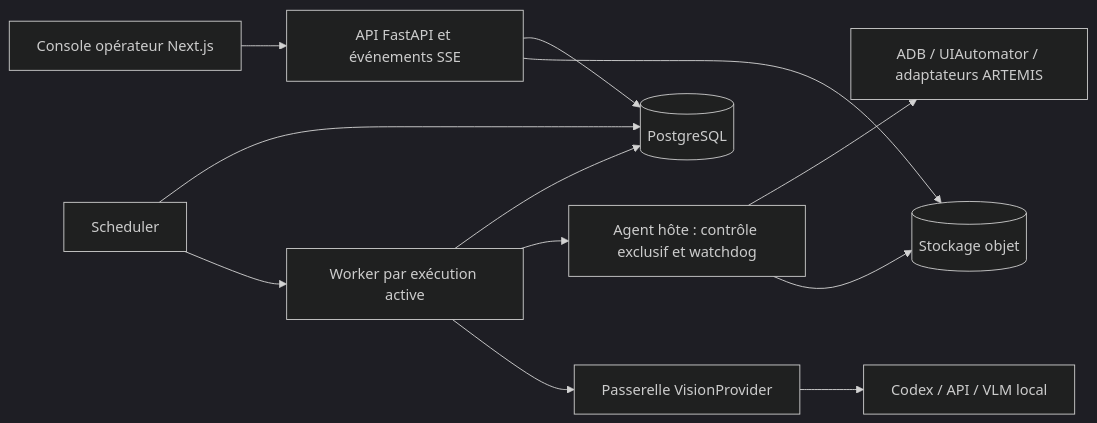
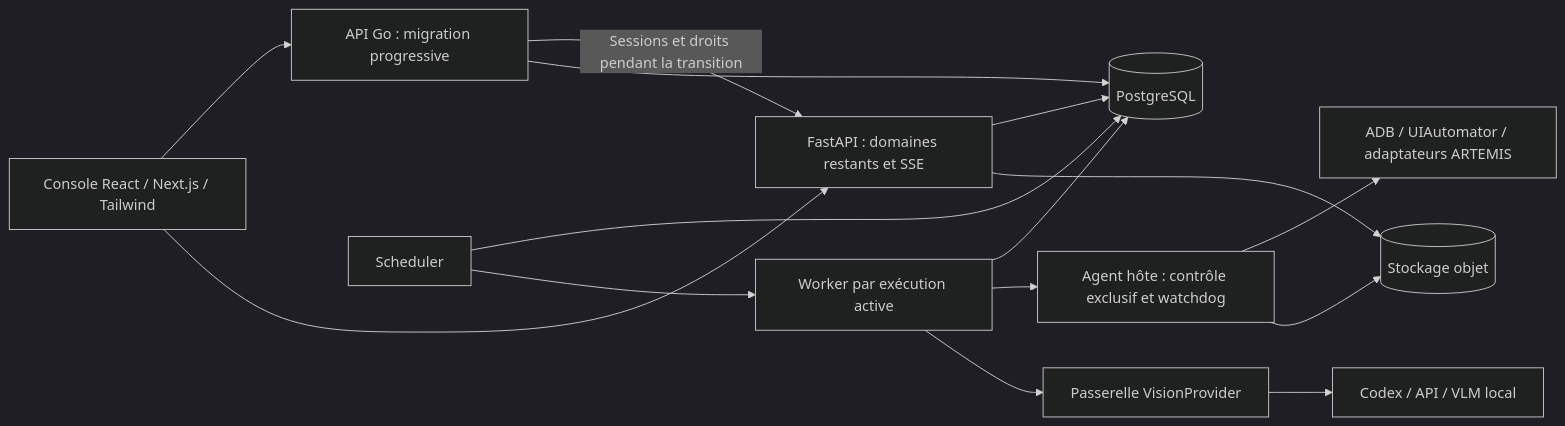
Before and after one commit to drslid/Emulytics: the first of 2 diagrams in PLAN.MD, drawn with Mermaid (dark theme). The commit also changed other lines of this file and 38 other files, not shown here.

Commit message:
Serve dashboard and fleet reads in Go and add live dashboard charts

````diff
--- a/PLAN.MD
+++ b/PLAN.MD
@@ -95,14 +95,17 @@
 ```mermaid
 flowchart LR
-    UI[Console opérateur Next.js] --> API[API FastAPI et événements SSE]
+    UI[Console React / Next.js / Tailwind] --> GoAPI[API Go : migration progressive]
+    UI --> API[FastAPI : domaines restants et SSE]
+    GoAPI -->|Sessions et droits pendant la transition| API
+    GoAPI --> DB[(PostgreSQL)]
     API --> DB[(PostgreSQL)]
     Scheduler[Scheduler] --> DB
     Scheduler --> Worker[Worker par exécution active]
     Worker --> DB
     Worker --> Host[Agent hôte : contrôle exclusif et watchdog]
     Host --> Android[ADB / UIAutomator / adaptateurs ARTEMIS]
     Worker --> Vision[Passerelle VisionProvider]
     Vision --> Providers[Codex / API / VLM local]
     Host --> Artifacts[(Stockage objet)]
     API --> Artifacts
 ```
````
